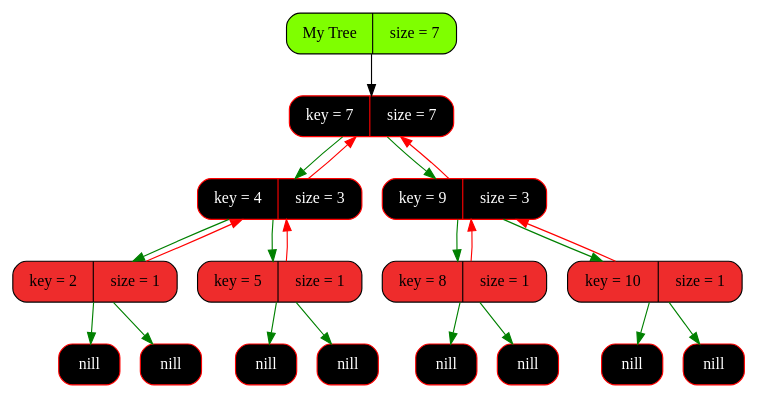
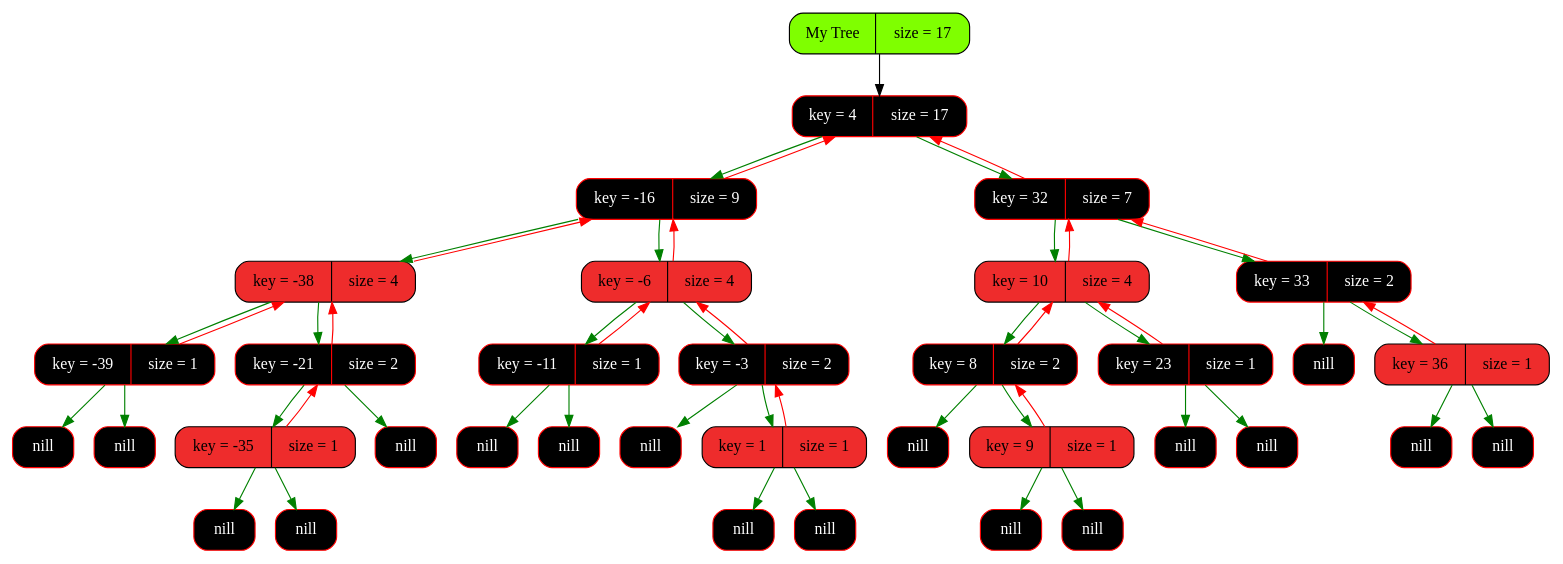
One commit to Pelmeshka127/RedBlackTree changed the diagram in graphics/graph.dot. Above: the diagram before and after it, drawn with Graphviz. The commit also changed 6 other files, not shown here.

```diff
--- a/graphics/graph.dot
+++ b/graphics/graph.dot
@@ -1,43 +1,93 @@
 digraph Tree
 {
    rankdir = HR;
    node[fontsize=14];
    edge[color="black",fontcolor="blue",fontsize=12];
-   tree[shape = Mrecord, style = filled, fillcolor = "chartreuse1", label = "My Tree | size = 7"];
-   "0x13c704100"[shape = Mrecord, color = "red", style = filled, fontcolor = "white", fillcolor = "black",   label = " key = 7 | size = 7"];
-  "0x13c704100" -> "0x13c704180" [color = "green"];
-  "0x13c704180" -> "0x13c704100" [color = "red"];
-  "0x13c704100" -> "0x13c704080" [color = "green"];
-  "0x13c704080" -> "0x13c704100" [color = "red"];
-   "0x13c704180"[shape = Mrecord, color = "red", style = filled, fontcolor = "white", fillcolor = "black",   label = " key = 4 | size = 3"];
-  "0x13c704180" -> "0x13c7041b0" [color = "green"];
-  "0x13c7041b0" -> "0x13c704180" [color = "red"];
-  "0x13c704180" -> "0x13c7040d0" [color = "green"];
-  "0x13c7040d0" -> "0x13c704180" [color = "red"];
-   "0x13c7041b0"[shape = Mrecord, color = "black", style = filled, fontcolor = "black", fillcolor = "firebrick2",   label = " key = 2 | size = 1"];
-   "0x13c7041b0left"[shape = Mrecord, color = "red", style = filled, fontcolor = "white", fillcolor = "black",   label = " <value> nill"];
-  "0x13c7041b0" -> "0x13c7041b0left" [color = "green"];
-   "0x13c7041b0right"[shape = Mrecord, color = "red", style = filled, fontcolor = "white", fillcolor = "black",   label = " <value> nill"];
-  "0x13c7041b0" -> "0x13c7041b0right" [color = "green"];
-   "0x13c7040d0"[shape = Mrecord, color = "black", style = filled, fontcolor = "black", fillcolor = "firebrick2",   label = " key = 5 | size = 1"];
-   "0x13c7040d0left"[shape = Mrecord, color = "red", style = filled, fontcolor = "white", fillcolor = "black",   label = " <value> nill"];
-  "0x13c7040d0" -> "0x13c7040d0left" [color = "green"];
-   "0x13c7040d0right"[shape = Mrecord, color = "red", style = filled, fontcolor = "white", fillcolor = "black",   label = " <value> nill"];
-  "0x13c7040d0" -> "0x13c7040d0right" [color = "green"];
-   "0x13c704080"[shape = Mrecord, color = "red", style = filled, fontcolor = "white", fillcolor = "black",   label = " key = 9 | size = 3"];
-  "0x13c704080" -> "0x13c7041e0" [color = "green"];
-  "0x13c7041e0" -> "0x13c704080" [color = "red"];
-  "0x13c704080" -> "0x13c704130" [color = "green"];
-  "0x13c704130" -> "0x13c704080" [color = "red"];
-   "0x13c7041e0"[shape = Mrecord, color = "black", style = filled, fontcolor = "black", fillcolor = "firebrick2",   label = " key = 8 | size = 1"];
-   "0x13c7041e0left"[shape = Mrecord, color = "red", style = filled, fontcolor = "white", fillcolor = "black",   label = " <value> nill"];
-  "0x13c7041e0" -> "0x13c7041e0left" [color = "green"];
-   "0x13c7041e0right"[shape = Mrecord, color = "red", style = filled, fontcolor = "white", fillcolor = "black",   label = " <value> nill"];
-  "0x13c7041e0" -> "0x13c7041e0right" [color = "green"];
-   "0x13c704130"[shape = Mrecord, color = "black", style = filled, fontcolor = "black", fillcolor = "firebrick2",   label = " key = 10 | size = 1"];
-   "0x13c704130left"[shape = Mrecord, color = "red", style = filled, fontcolor = "white", fillcolor = "black",   label = " <value> nill"];
-  "0x13c704130" -> "0x13c704130left" [color = "green"];
-   "0x13c704130right"[shape = Mrecord, color = "red", style = filled, fontcolor = "white", fillcolor = "black",   label = " <value> nill"];
-  "0x13c704130" -> "0x13c704130right" [color = "green"];
-   tree -> "0x13c704100" [color = "gray0"];
+   tree[shape = Mrecord, style = filled, fillcolor = "chartreuse1", label = "My Tree | size = 17"];
+   "0x11c606830"[shape = Mrecord, color = "red", style = filled, fontcolor = "white", fillcolor = "black",   label = " key = 4 | size = 17"];
+  "0x11c606830" -> "0x11c6069b0" [color = "green"];
+  "0x11c6069b0" -> "0x11c606830" [color = "red"];
+  "0x11c606830" -> "0x11c6068f0" [color = "green"];
+  "0x11c6068f0" -> "0x11c606830" [color = "red"];
+   "0x11c6069b0"[shape = Mrecord, color = "red", style = filled, fontcolor = "white", fillcolor = "black",   label = " key = -16 | size = 9"];
+  "0x11c6069b0" -> "0x11c606ab0" [color = "green"];
+  "0x11c606ab0" -> "0x11c6069b0" [color = "red"];
+  "0x11c6069b0" -> "0x11c606860" [color = "green"];
+  "0x11c606860" -> "0x11c6069b0" [color = "red"];
+   "0x11c606ab0"[shape = Mrecord, color = "black", style = filled, fontcolor = "black", fillcolor = "firebrick2",   label = " key = -38 | size = 4"];
+  "0x11c606ab0" -> "0x11c606920" [color = "green"];
+  "0x11c606920" -> "0x11c606ab0" [color = "red"];
+  "0x11c606ab0" -> "0x11c606a30" [color = "green"];
+  "0x11c606a30" -> "0x11c606ab0" [color = "red"];
+   "0x11c606920"[shape = Mrecord, color = "red", style = filled, fontcolor = "white", fillcolor = "black",   label = " key = -39 | size = 1"];
+   "0x11c606920left"[shape = Mrecord, color = "red", style = filled, fontcolor = "white", fillcolor = "black",   label = " <value> nill"];
+  "0x11c606920" -> "0x11c606920left" [color = "green"];
+   "0x11c606920right"[shape = Mrecord, color = "red", style = filled, fontcolor = "white", fillcolor = "black",   label = " <value> nill"];
+  "0x11c606920" -> "0x11c606920right" [color = "green"];
+   "0x11c606a30"[shape = Mrecord, color = "red", style = filled, fontcolor = "white", fillcolor = "black",   label = " key = -21 | size = 2"];
+  "0x11c606a30" -> "0x11c606b50" [color = "green"];
+  "0x11c606b50" -> "0x11c606a30" [color = "red"];
+   "0x11c606a30right"[shape = Mrecord, color = "red", style = filled, fontcolor = "white", fillcolor = "black",   label = " <value> nill"];
+  "0x11c606a30" -> "0x11c606a30right" [color = "green"];
+   "0x11c606b50"[shape = Mrecord, color = "black", style = filled, fontcolor = "black", fillcolor = "firebrick2",   label = " key = -35 | size = 1"];
+   "0x11c606b50left"[shape = Mrecord, color = "red", style = filled, fontcolor = "white", fillcolor = "black",   label = " <value> nill"];
+  "0x11c606b50" -> "0x11c606b50left" [color = "green"];
+   "0x11c606b50right"[shape = Mrecord, color = "red", style = filled, fontcolor = "white", fillcolor = "black",   label = " <value> nill"];
+  "0x11c606b50" -> "0x11c606b50right" [color = "green"];
+   "0x11c606860"[shape = Mrecord, color = "black", style = filled, fontcolor = "black", fillcolor = "firebrick2",   label = " key = -6 | size = 4"];
+  "0x11c606860" -> "0x11c606a80" [color = "green"];
+  "0x11c606a80" -> "0x11c606860" [color = "red"];
+  "0x11c606860" -> "0x11c6069f0" [color = "green"];
+  "0x11c6069f0" -> "0x11c606860" [color = "red"];
+   "0x11c606a80"[shape = Mrecord, color = "red", style = filled, fontcolor = "white", fillcolor = "black",   label = " key = -11 | size = 1"];
+   "0x11c606a80left"[shape = Mrecord, color = "red", style = filled, fontcolor = "white", fillcolor = "black",   label = " <value> nill"];
+  "0x11c606a80" -> "0x11c606a80left" [color = "green"];
+   "0x11c606a80right"[shape = Mrecord, color = "red", style = filled, fontcolor = "white", fillcolor = "black",   label = " <value> nill"];
+  "0x11c606a80" -> "0x11c606a80right" [color = "green"];
+   "0x11c6069f0"[shape = Mrecord, color = "red", style = filled, fontcolor = "white", fillcolor = "black",   label = " key = -3 | size = 2"];
+   "0x11c6069f0left"[shape = Mrecord, color = "red", style = filled, fontcolor = "white", fillcolor = "black",   label = " <value> nill"];
+  "0x11c6069f0" -> "0x11c6069f0left" [color = "green"];
+  "0x11c6069f0" -> "0x11c606b20" [color = "green"];
+  "0x11c606b20" -> "0x11c6069f0" [color = "red"];
+   "0x11c606b20"[shape = Mrecord, color = "black", style = filled, fontcolor = "black", fillcolor = "firebrick2",   label = " key = 1 | size = 1"];
+   "0x11c606b20left"[shape = Mrecord, color = "red", style = filled, fontcolor = "white", fillcolor = "black",   label = " <value> nill"];
+  "0x11c606b20" -> "0x11c606b20left" [color = "green"];
+   "0x11c606b20right"[shape = Mrecord, color = "red", style = filled, fontcolor = "white", fillcolor = "black",   label = " <value> nill"];
+  "0x11c606b20" -> "0x11c606b20right" [color = "green"];
+   "0x11c6068f0"[shape = Mrecord, color = "red", style = filled, fontcolor = "white", fillcolor = "black",   label = " key = 32 | size = 7"];
+  "0x11c6068f0" -> "0x11c6068c0" [color = "green"];
+  "0x11c6068c0" -> "0x11c6068f0" [color = "red"];
+  "0x11c6068f0" -> "0x11c606890" [color = "green"];
+  "0x11c606890" -> "0x11c6068f0" [color = "red"];
+   "0x11c6068c0"[shape = Mrecord, color = "black", style = filled, fontcolor = "black", fillcolor = "firebrick2",   label = " key = 10 | size = 4"];
+  "0x11c6068c0" -> "0x11c606980" [color = "green"];
+  "0x11c606980" -> "0x11c6068c0" [color = "red"];
+  "0x11c6068c0" -> "0x11c606950" [color = "green"];
+  "0x11c606950" -> "0x11c6068c0" [color = "red"];
+   "0x11c606980"[shape = Mrecord, color = "red", style = filled, fontcolor = "white", fillcolor = "black",   label = " key = 8 | size = 2"];
+   "0x11c606980left"[shape = Mrecord, color = "red", style = filled, fontcolor = "white", fillcolor = "black",   label = " <value> nill"];
+  "0x11c606980" -> "0x11c606980left" [color = "green"];
+  "0x11c606980" -> "0x11c606c30" [color = "green"];
+  "0x11c606c30" -> "0x11c606980" [color = "red"];
+   "0x11c606c30"[shape = Mrecord, color = "black", style = filled, fontcolor = "black", fillcolor = "firebrick2",   label = " key = 9 | size = 1"];
+   "0x11c606c30left"[shape = Mrecord, color = "red", style = filled, fontcolor = "white", fillcolor = "black",   label = " <value> nill"];
+  "0x11c606c30" -> "0x11c606c30left" [color = "green"];
+   "0x11c606c30right"[shape = Mrecord, color = "red", style = filled, fontcolor = "white", fillcolor = "black",   label = " <value> nill"];
+  "0x11c606c30" -> "0x11c606c30right" [color = "green"];
+   "0x11c606950"[shape = Mrecord, color = "red", style = filled, fontcolor = "white", fillcolor = "black",   label = " key = 23 | size = 1"];
+   "0x11c606950left"[shape = Mrecord, color = "red", style = filled, fontcolor = "white", fillcolor = "black",   label = " <value> nill"];
+  "0x11c606950" -> "0x11c606950left" [color = "green"];
+   "0x11c606950right"[shape = Mrecord, color = "red", style = filled, fontcolor = "white", fillcolor = "black",   label = " <value> nill"];
+  "0x11c606950" -> "0x11c606950right" [color = "green"];
+   "0x11c606890"[shape = Mrecord, color = "red", style = filled, fontcolor = "white", fillcolor = "black",   label = " key = 33 | size = 2"];
+   "0x11c606890left"[shape = Mrecord, color = "red", style = filled, fontcolor = "white", fillcolor = "black",   label = " <value> nill"];
+  "0x11c606890" -> "0x11c606890left" [color = "green"];
+  "0x11c606890" -> "0x11c606b80" [color = "green"];
+  "0x11c606b80" -> "0x11c606890" [color = "red"];
+   "0x11c606b80"[shape = Mrecord, color = "black", style = filled, fontcolor = "black", fillcolor = "firebrick2",   label = " key = 36 | size = 1"];
+   "0x11c606b80left"[shape = Mrecord, color = "red", style = filled, fontcolor = "white", fillcolor = "black",   label = " <value> nill"];
+  "0x11c606b80" -> "0x11c606b80left" [color = "green"];
+   "0x11c606b80right"[shape = Mrecord, color = "red", style = filled, fontcolor = "white", fillcolor = "black",   label = " <value> nill"];
+  "0x11c606b80" -> "0x11c606b80right" [color = "green"];
+   tree -> "0x11c606830" [color = "gray0"];
 }
```
